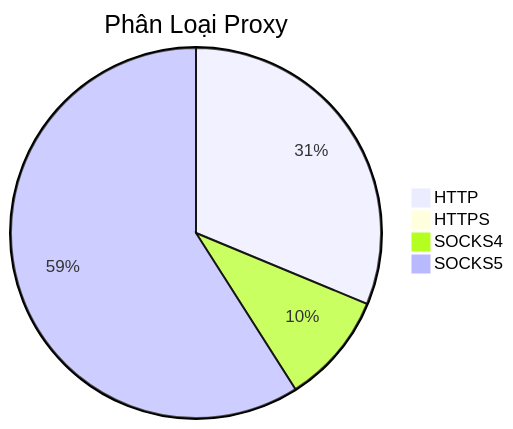
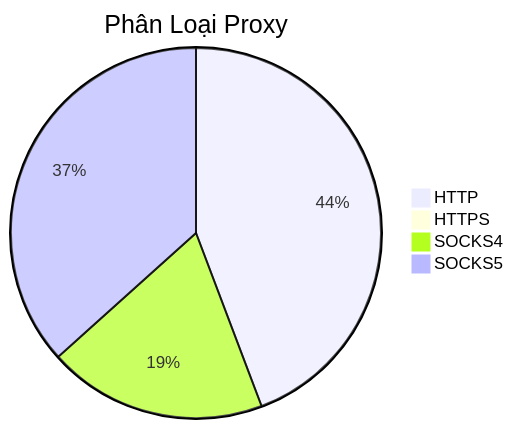
Before and after one commit to Ciara-Aa/PROXY-free: the diagram in README.md, drawn with Mermaid. The commit also changed other lines of this file and 4 other files, not shown here.

````diff
--- a/README.md
+++ b/README.md
@@ -26,7 +26,7 @@
 ```mermaid
 pie title Phân Loại Proxy
-    "HTTP" : 466
-    "HTTPS" : 0
-    "SOCKS4" : 145
-    "SOCKS5" : 880
+    "HTTP" : 338
+    "HTTPS" : 3
+    "SOCKS4" : 146
+    "SOCKS5" : 280
 ```
````
